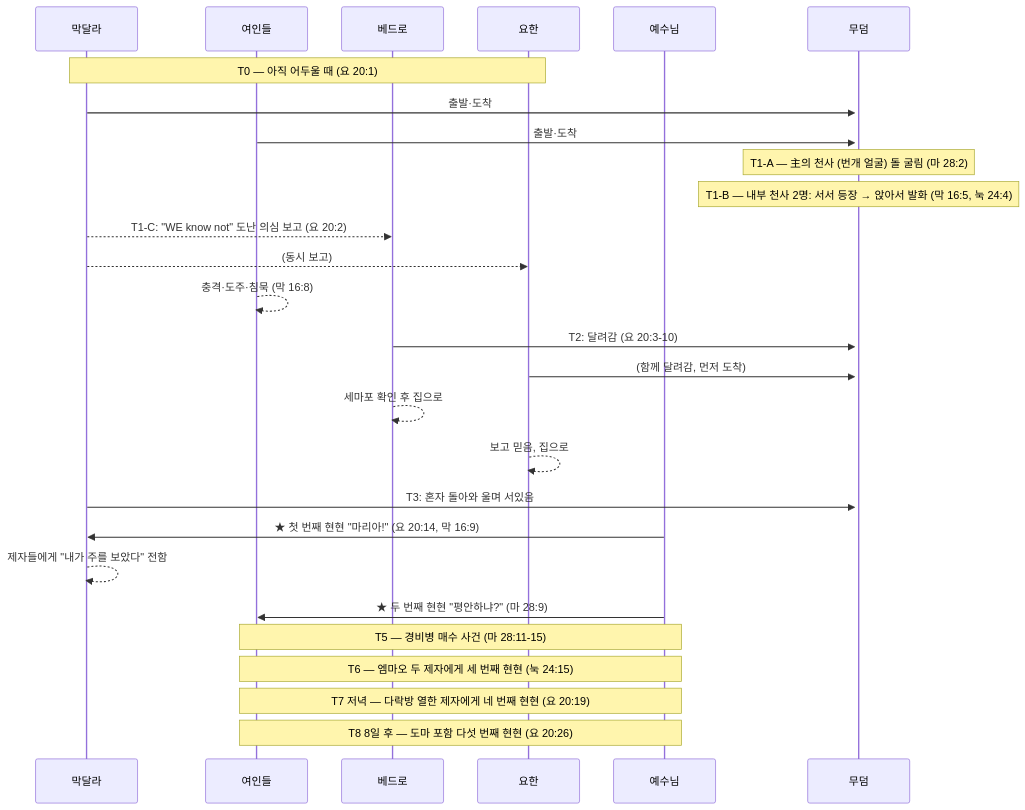
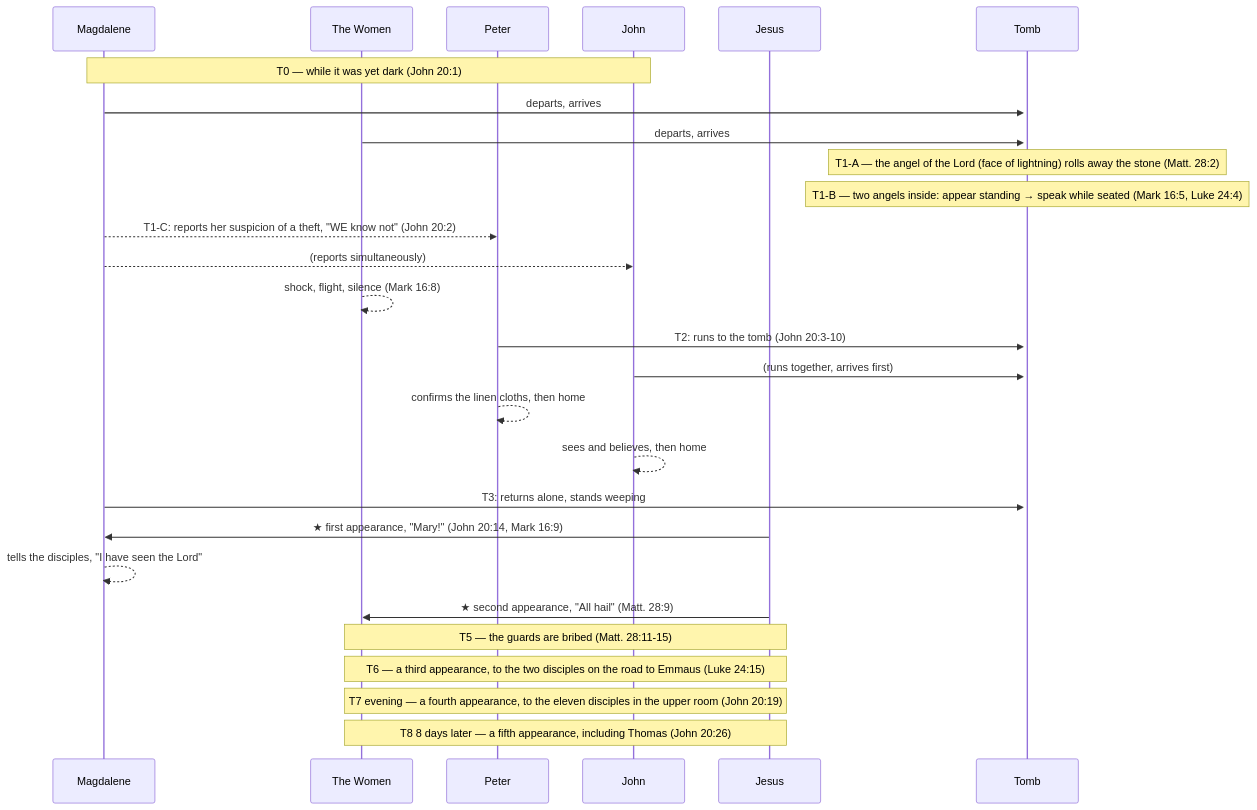
The diagram in the-scripture-audit/03_WAR_LOG/[B]_Resurrection_Morning_Tomb_Event_Chronological_Integration.md (jloveonly-prog/the-scripture-audit), drawn with Mermaid before and after one commit. The commit also changed other lines of this file and 391 other files, not shown here.

````diff
--- a/the-scripture-audit/03_WAR_LOG/[B]_Resurrection_Morning_Tomb_Event_Chronological_Integration.md
+++ b/the-scripture-audit/03_WAR_LOG/[B]_Resurrection_Morning_Tomb_Event_Chronological_Integration.md
@@ -495,35 +496,35 @@
 ```mermaid
 sequenceDiagram
-    participant 막달라
-    participant 여인들
-    participant 베드로
-    participant 요한
-    participant 예수님
+    participant Magdalene
+    participant TheWomen as The Women
+    participant Peter
+    participant John
+    participant Jesus
 
-    Note over 막달라,요한: T0 — 아직 어두울 때 (요 20:1)
-    막달라->>+무덤: 출발·도착
-    여인들->>+무덤: 출발·도착
+    Note over Magdalene,John: T0 — while it was yet dark (John 20:1)
+    Magdalene->>+Tomb: departs, arrives
+    TheWomen->>+Tomb: departs, arrives
 
-    Note over 무덤: T1-A — 主의 천사 (번개 얼굴) 돌 굴림 (마 28:2)
-    Note over 무덤: T1-B — 내부 천사 2명: 서서 등장 → 앉아서 발화 (막 16:5, 눅 24:4)
+    Note over Tomb: T1-A — the angel of the Lord (face of lightning) rolls away the stone (Matt. 28:2)
+    Note over Tomb: T1-B — two angels inside: appear standing → speak while seated (Mark 16:5, Luke 24:4)
 
-    막달라-->>베드로: T1-C: "WE know not" 도난 의심 보고 (요 20:2)
-    막달라-->>요한: (동시 보고)
-    여인들-->>여인들: 충격·도주·침묵 (막 16:8)
+    Magdalene-->>Peter: T1-C: reports her suspicion of a theft, "WE know not" (John 20:2)
+    Magdalene-->>John: (reports simultaneously)
+    TheWomen-->>TheWomen: shock, flight, silence (Mark 16:8)
 
-    베드로->>+무덤: T2: 달려감 (요 20:3-10)
-    요한->>+무덤: (함께 달려감, 먼저 도착)
-    베드로-->>베드로: 세마포 확인 후 집으로
-    요한-->>요한: 보고 믿음, 집으로
+    Peter->>+Tomb: T2: runs to the tomb (John 20:3-10)
+    John->>+Tomb: (runs together, arrives first)
+    Peter-->>Peter: confirms the linen cloths, then home
+    John-->>John: sees and believes, then home
 
-    막달라->>+무덤: T3: 혼자 돌아와 울며 서있음
-    예수님->>막달라: ★ 첫 번째 현현 "마리아!" (요 20:14, 막 16:9)
-    막달라-->>막달라: 제자들에게 "내가 주를 보았다" 전함
+    Magdalene->>+Tomb: T3: returns alone, stands weeping
+    Jesus->>Magdalene: ★ first appearance, "Mary!" (John 20:14, Mark 16:9)
+    Magdalene-->>Magdalene: tells the disciples, "I have seen the Lord"
 
-    예수님->>여인들: ★ 두 번째 현현 "평안하냐?" (마 28:9)
+    Jesus->>TheWomen: ★ second appearance, "All hail" (Matt. 28:9)
 
-    Note over 예수님,여인들: T5 — 경비병 매수 사건 (마 28:11-15)
-    Note over 예수님,여인들: T6 — 엠마오 두 제자에게 세 번째 현현 (눅 24:15)
-    Note over 예수님,여인들: T7 저녁 — 다락방 열한 제자에게 네 번째 현현 (요 20:19)
-    Note over 예수님,여인들: T8 8일 후 — 도마 포함 다섯 번째 현현 (요 20:26)
+    Note over Jesus,TheWomen: T5 — the guards are bribed (Matt. 28:11-15)
+    Note over Jesus,TheWomen: T6 — a third appearance, to the two disciples on the road to Emmaus (Luke 24:15)
+    Note over Jesus,TheWomen: T7 evening — a fourth appearance, to the eleven disciples in the upper room (John 20:19)
+    Note over Jesus,TheWomen: T8 8 days later — a fifth appearance, including Thomas (John 20:26)
 ```
````
